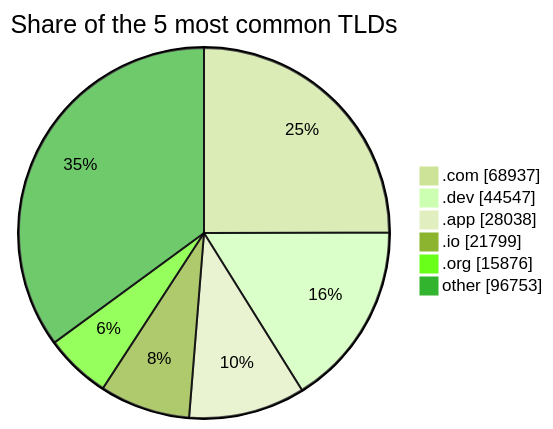
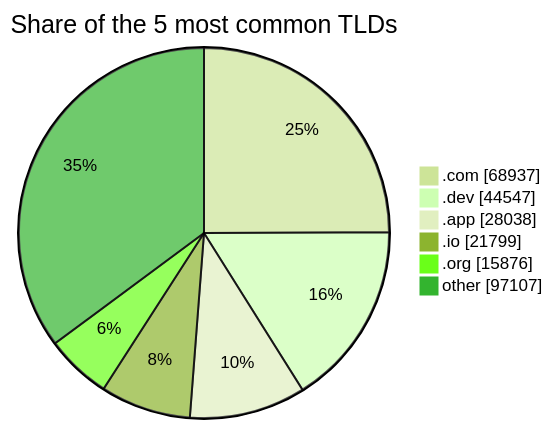
One commit to DNSBunker/CTI changed the third of 3 diagrams in README.md. Above: the diagram before and after it, drawn with Mermaid (forest theme). The commit also changed other lines of this file and 3 other files, not shown here.

````diff
--- a/README.md
+++ b/README.md
@@ -81,9 +81,9 @@
 ```mermaid
 pie showData title Share of the 5 most common TLDs
     ".com" : 68937
     ".dev" : 44547
     ".app" : 28038
     ".io" : 21799
     ".org" : 15876
-    "other" : 96753
+    "other" : 97107
 ```
````
